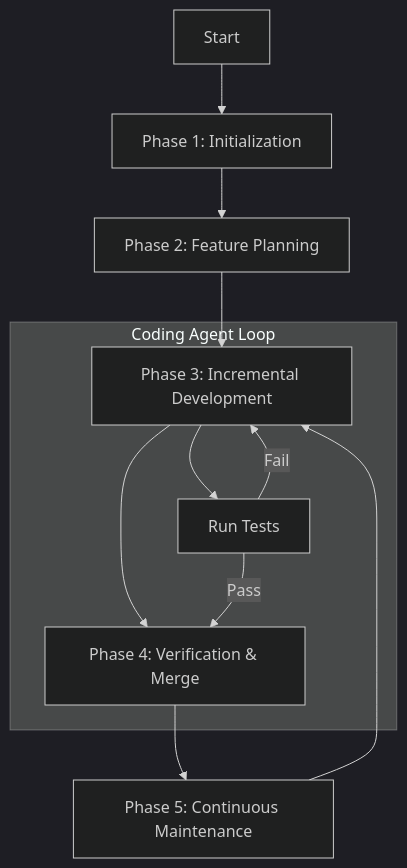
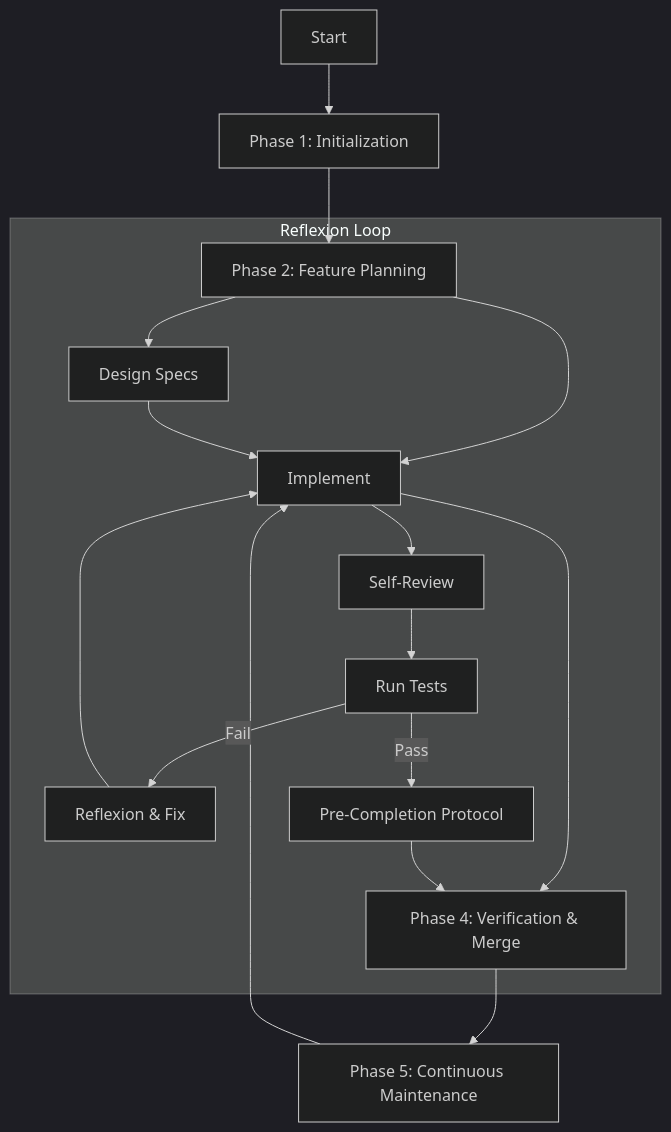
One commit to ldzhouquan/agent-harness-skill changed the diagram in agent-harness/workflow.md. Above: the diagram before and after it, drawn with Mermaid (dark theme). The commit also changed other lines of this file and 52 other files, not shown here.

````diff
--- a/agent-harness/workflow.md
+++ b/agent-harness/workflow.md
@@ -5,15 +7,20 @@
 ```mermaid
 graph TD
     Start[Start] --> Init[Phase 1: Initialization]
     Init --> Plan[Phase 2: Feature Planning]
     Plan --> Dev[Phase 3: Incremental Development]
     Dev --> Verify[Phase 4: Verification & Merge]
     Verify --> Maintain[Phase 5: Continuous Maintenance]
     Maintain --> Dev
     
-    subgraph "Coding Agent Loop"
-    Dev --> Test[Run Tests]
-    Test -->|Fail| Dev
-    Test -->|Pass| Verify
+    subgraph "Reflexion Loop"
+    Plan --> Design[Design Specs]
+    Design --> Dev[Implement]
+    Dev --> Review[Self-Review]
+    Review --> Test[Run Tests]
+    Test -->|Fail| Analyze[Reflexion & Fix]
+    Analyze --> Dev
+    Test -->|Pass| Protocol[Pre-Completion Protocol]
+    Protocol --> Verify
     end
 ```
````
